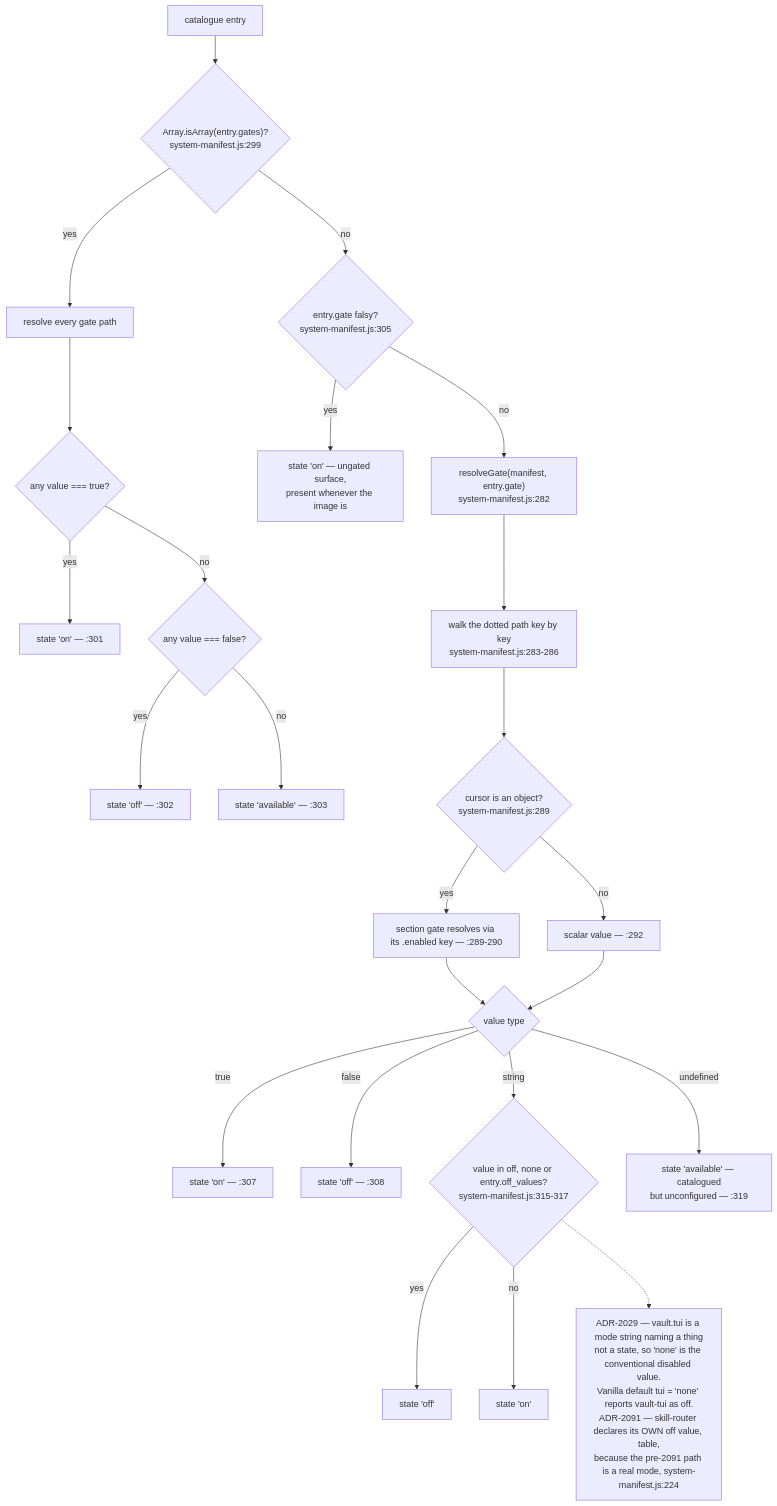
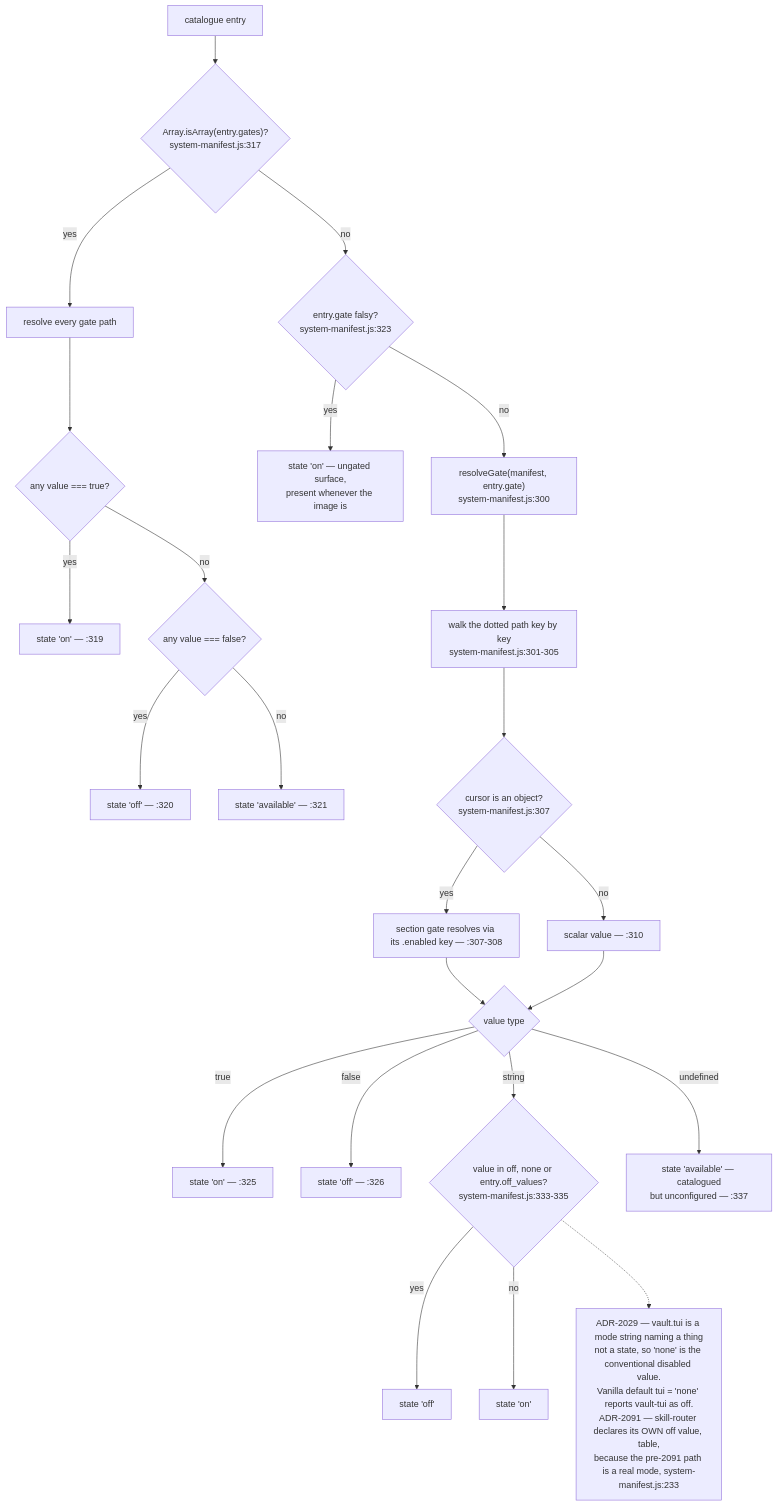
Before and after one commit to DreamLab-AI/VisionFlow: the third of 14 diagrams in docs/diagrams/agentbox/05-manifest-gates-and-cli.md, drawn with Mermaid. The commit also changed other lines of this file and 136 other files, not shown here.

First line of the commit message:
docs(diagrams): refresh the whole corpus to code HEAD and prune low-value diagrams

````diff
--- a/docs/diagrams/agentbox/05-manifest-gates-and-cli.md
+++ b/docs/diagrams/agentbox/05-manifest-gates-and-cli.md
@@ -86,26 +93,26 @@
 ```mermaid
 flowchart TD
-    E["catalogue entry"] --> A{"Array.isArray(entry.gates)?<br/>system-manifest.js:299"}
+    E["catalogue entry"] --> A{"Array.isArray(entry.gates)?<br/>system-manifest.js:317"}
     A -->|yes| MG["resolve every gate path"]
     MG --> MG1{"any value === true?"}
-    MG1 -->|yes| ON1["state 'on' — :301"]
+    MG1 -->|yes| ON1["state 'on' — :319"]
     MG1 -->|no| MG2{"any value === false?"}
-    MG2 -->|yes| OFF1["state 'off' — :302"]
-    MG2 -->|no| AV1["state 'available' — :303"]
-    A -->|no| B{"entry.gate falsy?<br/>system-manifest.js:305"}
+    MG2 -->|yes| OFF1["state 'off' — :320"]
+    MG2 -->|no| AV1["state 'available' — :321"]
+    A -->|no| B{"entry.gate falsy?<br/>system-manifest.js:323"}
     B -->|yes| ON2["state 'on' — ungated surface,<br/>present whenever the image is"]
-    B -->|no| RG["resolveGate(manifest, entry.gate)<br/>system-manifest.js:282"]
-    RG --> W["walk the dotted path key by key<br/>system-manifest.js:283-286"]
-    W --> SEC{"cursor is an object?<br/>system-manifest.js:289"}
-    SEC -->|yes| SECE["section gate resolves via its .enabled key — :289-290"]
-    SEC -->|no| VAL["scalar value — :292"]
+    B -->|no| RG["resolveGate(manifest, entry.gate)<br/>system-manifest.js:300"]
+    RG --> W["walk the dotted path key by key<br/>system-manifest.js:301-305"]
+    W --> SEC{"cursor is an object?<br/>system-manifest.js:307"}
+    SEC -->|yes| SECE["section gate resolves via its .enabled key — :307-308"]
+    SEC -->|no| VAL["scalar value — :310"]
     SECE --> D
     VAL --> D{"value type"}
-    D -->|"true"| ON3["state 'on' — :307"]
-    D -->|"false"| OFF2["state 'off' — :308"]
-    D -->|"string"| MODE{"value in off, none or entry.off_values?<br/>system-manifest.js:315-317"}
-    D -->|"undefined"| AV2["state 'available' — catalogued<br/>but unconfigured — :319"]
+    D -->|"true"| ON3["state 'on' — :325"]
+    D -->|"false"| OFF2["state 'off' — :326"]
+    D -->|"string"| MODE{"value in off, none or entry.off_values?<br/>system-manifest.js:333-335"}
+    D -->|"undefined"| AV2["state 'available' — catalogued<br/>but unconfigured — :337"]
     MODE -->|yes| OFF3["state 'off'"]
     MODE -->|no| ON4["state 'on'"]
-    MODE -.-> VT["ADR-2029 — vault.tui is a mode string naming a thing<br/>not a state, so 'none' is the conventional disabled value.<br/>Vanilla default tui = 'none' reports vault-tui as off.<br/>ADR-2091 — skill-router declares its OWN off value, table,<br/>because the pre-2091 path is a real mode, system-manifest.js:224"]
+    MODE -.-> VT["ADR-2029 — vault.tui is a mode string naming a thing<br/>not a state, so 'none' is the conventional disabled value.<br/>Vanilla default tui = 'none' reports vault-tui as off.<br/>ADR-2091 — skill-router declares its OWN off value, table,<br/>because the pre-2091 path is a real mode, system-manifest.js:233"]
 ```
````
